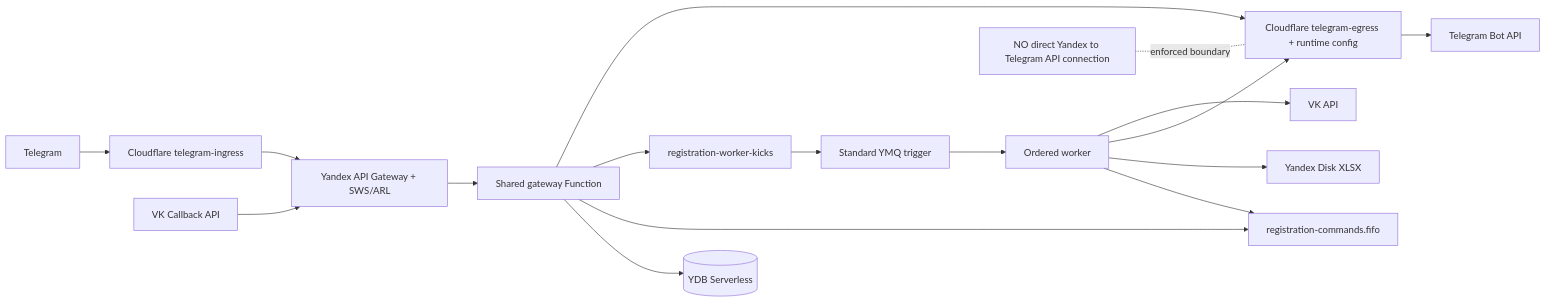
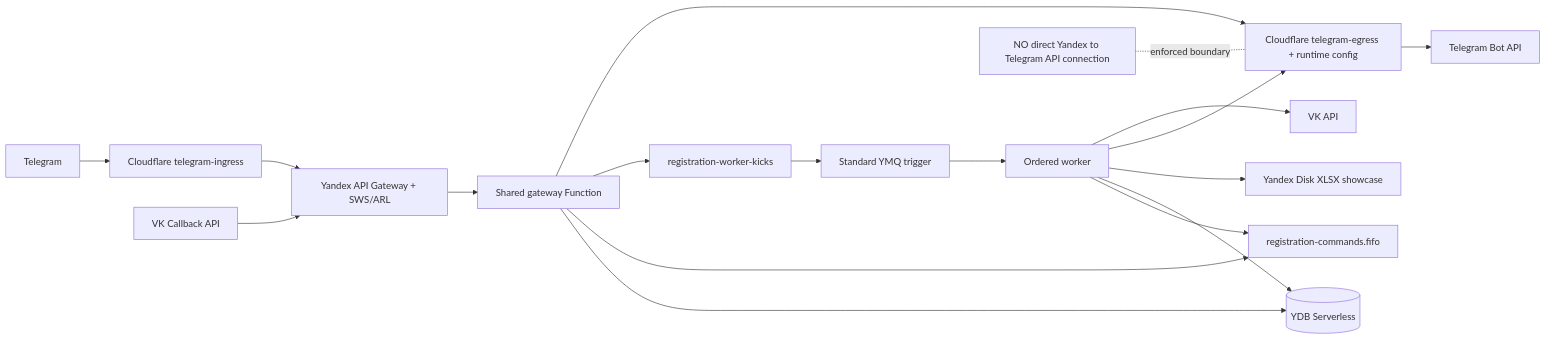
The first of 5 diagrams in README.md (ProfessorLayton322/rolebot-hse), drawn with Mermaid before and after one commit. The commit also changed other lines of this file and 24 other files, not shown here.

````diff
--- a/README.md
+++ b/README.md
@@ -9,20 +9,21 @@
 ```mermaid
 flowchart LR
     TG[Telegram] --> CFI[Cloudflare telegram-ingress]
     CFI --> APIGW[Yandex API Gateway + SWS/ARL]
     VK[VK Callback API] --> APIGW
     APIGW --> GW[Shared gateway Function]
     GW --> YDB[(YDB Serverless)]
     GW --> FIFO[registration-commands.fifo]
     GW --> KICK[registration-worker-kicks]
     KICK --> TRIGGER[Standard YMQ trigger]
     TRIGGER --> WORKER[Ordered worker]
     WORKER --> FIFO
-    WORKER --> DISK[Yandex Disk XLSX]
+    WORKER --> YDB
+    WORKER --> DISK[Yandex Disk XLSX showcase]
     GW --> CFE[Cloudflare telegram-egress + runtime config]
     WORKER --> CFE
     CFE --> TGAPI[Telegram Bot API]
     WORKER --> VKAPI[VK API]
 
     NO[NO direct Yandex to Telegram API connection] -. enforced boundary .- CFE
 ```
````
